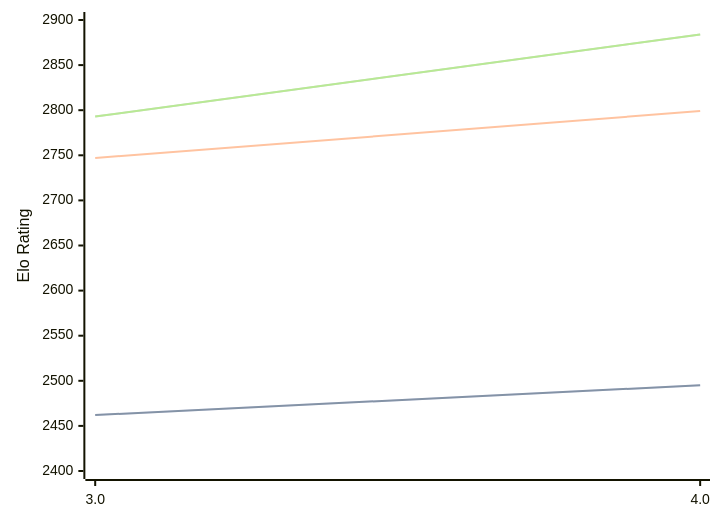
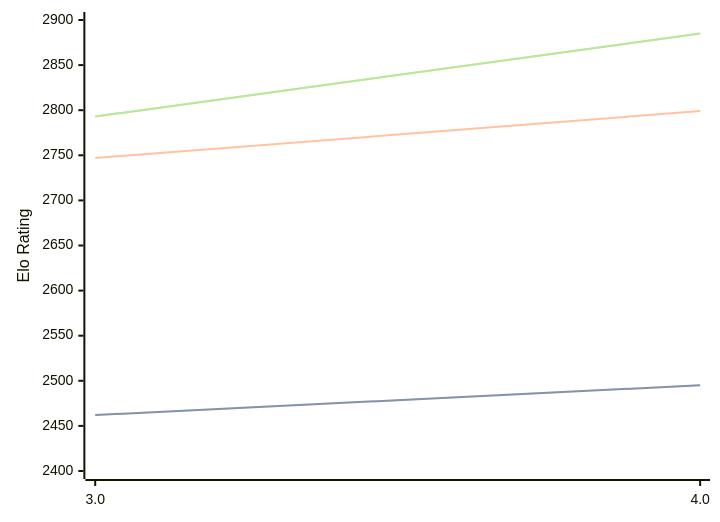
Before and after one commit to computer-chess-index/cci: the diagram in engines/Chess3.md, drawn with Mermaid. The commit also changed other lines of this file, not shown here.

Commit message:
Update CCI Ratings (ELO VLTC) - 2026-08-19

````diff
--- a/engines/Chess3.md
+++ b/engines/Chess3.md
@@ -32,11 +32,11 @@
 ```mermaid
 %%{init: {"theme":"base","themeVariables":{"seriesColors:['#a3a3a3','#222221','#faa371']}}}%%
 xychart-beta
   x-axis ["3.0", "4.0"]
   y-axis "Elo Rating" 2400 --> 2900
   line "STC (8.0+0.08s)" [2462, 2495]
   line "STC (8.0+0.08s)" [2462, 2495]
   line "LTC (60.0+0.60s)" [2747, 2799]
-  line "VLTC (2m24s+1.12s)" [2793, 2884]
-  line "VLTC (2m24s+1.12s)" [2793, 2884]
+  line "VLTC (2m24s+1.12s)" [2793, 2885]
+  line "VLTC (2m24s+1.12s)" [2793, 2885]
 ```
````
